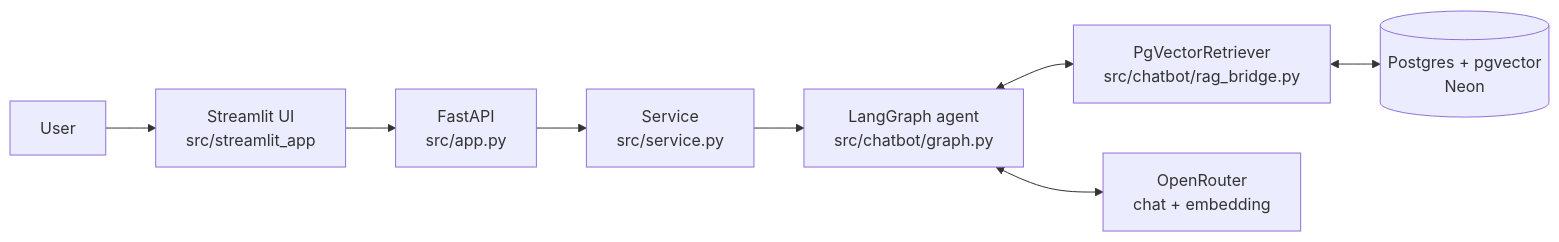
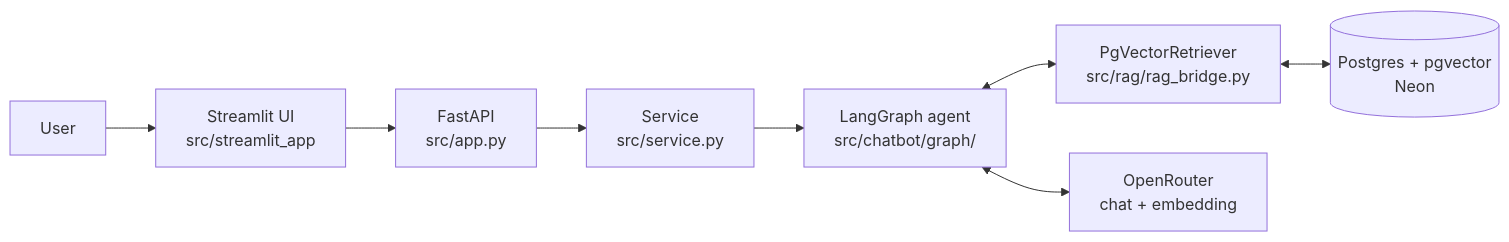
The first of 2 diagrams in README.md (dDxCg/BotTuyenSinh), drawn with Mermaid before and after one commit. The commit also changed 34 other files, not shown here.

````diff
--- a/README.md
+++ b/README.md
@@ -7,15 +7,15 @@
 ```mermaid
 flowchart LR
     User[User]
     UI[Streamlit UI<br/>src/streamlit_app]
     API[FastAPI<br/>src/app.py]
     Service[Service<br/>src/service.py]
-    Graph[LangGraph agent<br/>src/chatbot/graph.py]
-    Retriever[PgVectorRetriever<br/>src/chatbot/rag_bridge.py]
+    Graph[LangGraph agent<br/>src/chatbot/graph/]
+    Retriever[PgVectorRetriever<br/>src/rag/rag_bridge.py]
     DB[(Postgres + pgvector<br/>Neon)]
     LLM[OpenRouter<br/>chat + embedding]
 
     User --> UI --> API --> Service --> Graph
     Graph <--> Retriever <--> DB
     Graph <--> LLM
 ```
````
